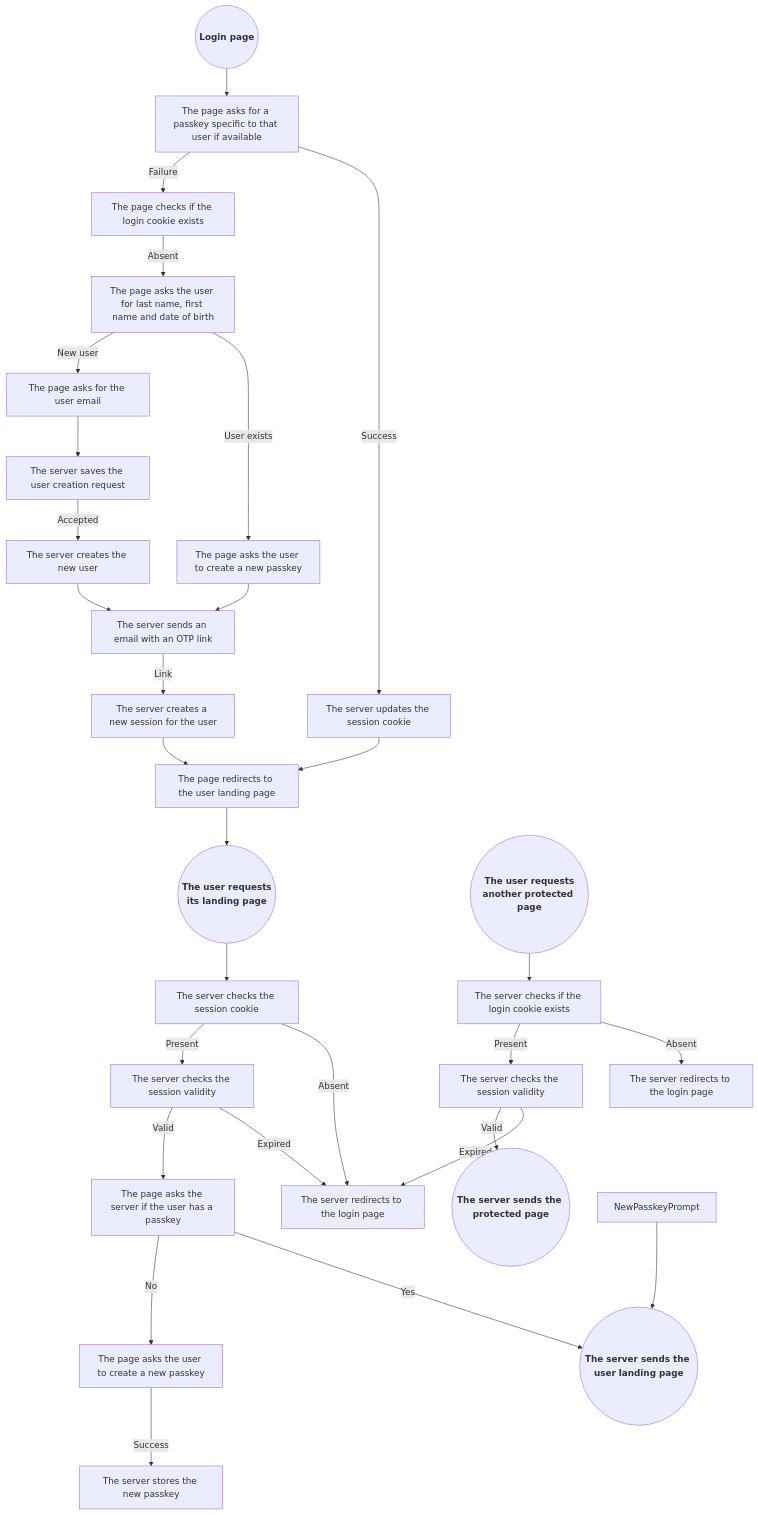
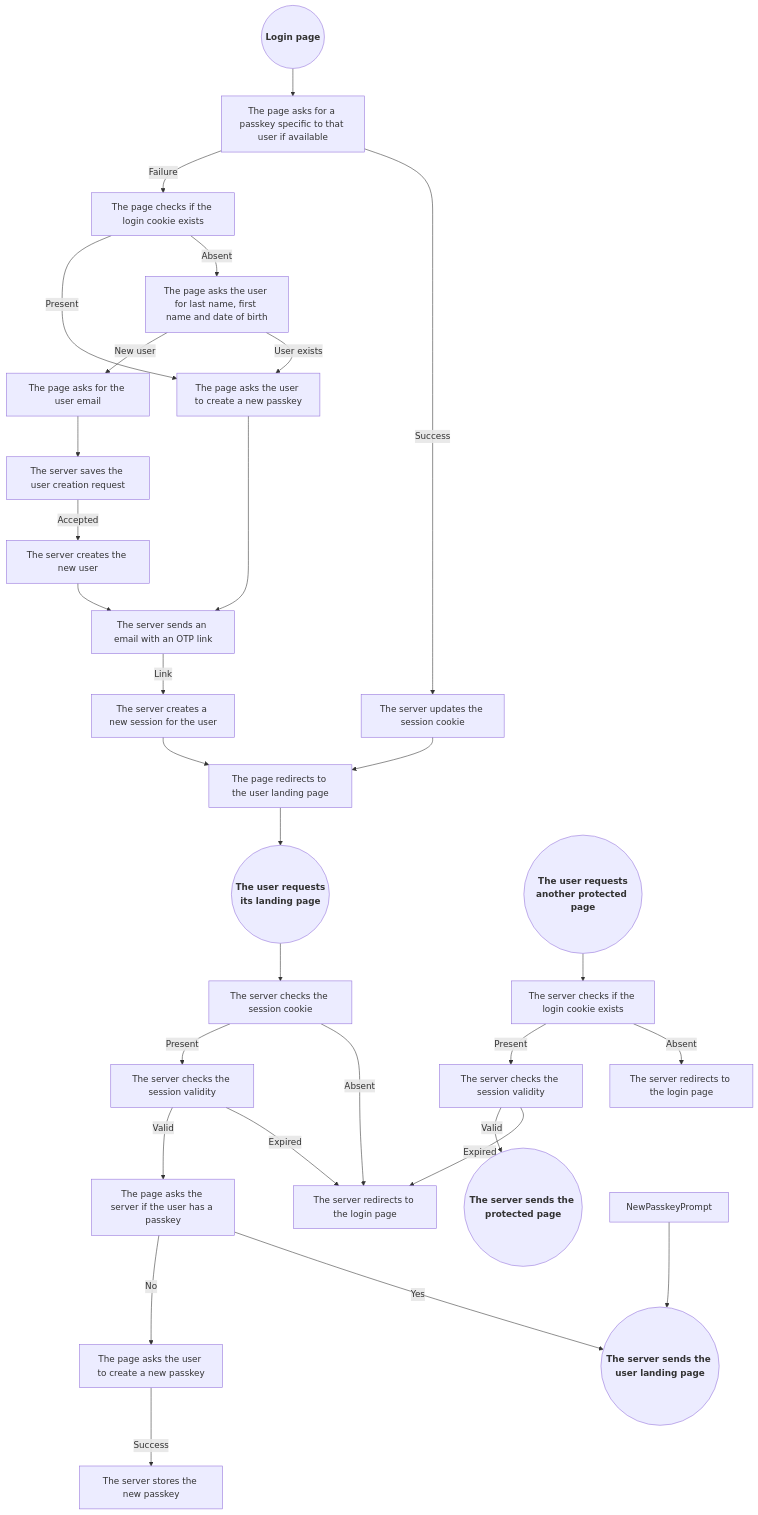
The diagram in README.md (programingjd/tiered_server), drawn with Mermaid before and after one commit.

````diff
--- a/README.md
+++ b/README.md
@@ -123,38 +123,39 @@
 ```mermaid
 graph TD;
   UserLandingPageRequest(("<b>The user requests<br>its landing page</b>"))
   ProtectedPageRequest(("<b>The user requests<br>another protected page</b>"))
   LoginPageRequest(("<b>Login page</b>"))
   
   ProtectedPageRequest-->QueryCookie1[The server checks if the login cookie exists]
   QueryCookie1-->|Absent|LoginPageRedirect1[The server redirects to the login page]
   QueryCookie1-->|Present|CheckSessionValidity1[The server checks the session validity]
   CheckSessionValidity1-->|Expired|LoginPageRedirect
   CheckSessionValidity1-->|Valid|ProtectedPageResponse(("<b>The server sends the protected page<b>"))
 
   UserLandingPageRequest-->QueryCookie2[The server checks the session cookie]
   QueryCookie2--Absent-->LoginPageRedirect[The server redirects to the login page]
   QueryCookie2--Present-->CheckSessionValidity2[The server checks the session validity]
   CheckSessionValidity2-->|Expired|LoginPageRedirect
   CheckSessionValidity2-->|Valid|QueryExistingPasskey2[The page asks the server if the user has a passkey]
   QueryExistingPasskey2-->|Yes|UserLandingPageResponse(("<b>The server sends the user landing page<b>"))
   QueryExistingPasskey2-->|No|NewPasskeyPrompt2[The page asks the user to create a new passkey]
   NewPasskeyPrompt2-->|Success|NewPasskeyStore2[The server stores the new passkey]
   NewPasskeyPrompt-->UserLandingPageResponse
 
   LoginPageRequest-->QueryPasskey[The page asks for a passkey specific to that user if available]
   QueryPasskey-->|Success|SessionCookieUpdate[The server updates the session cookie]
   SessionCookieUpdate-->UserLandingPageRedirect[The page redirects to the user landing page]
   QueryPasskey-->|Failure|QueryCookie3[The page checks if the login cookie exists]
   QueryCookie3-->|Absent|UserForm[The page asks the user for last name, first name and date of birth]
-  UserForm-->|User exists|NewPasskeyPrompt3[The page asks the user to create a new passkey]
+  QueryCookie3-->|Present|NewPasskeyPrompt3[The page asks the user to create a new passkey]
+  UserForm-->|User exists|NewPasskeyPrompt3
   NewPasskeyPrompt3-->EmailOTP[The server sends an email with an OTP link]
   EmailOTP-->|Link|NewSession[The server creates a new session for the user]
   NewSession-->UserLandingPageRedirect
   UserForm-->|New user|NewUser[The page asks for the user email]
   NewUser-->UserModeration[The server saves the user creation request]
   UserModeration-->|Accepted|UserCreation[The server creates the new user]
   UserCreation-->EmailOTP
   
   UserLandingPageRedirect-->UserLandingPageRequest
 ```
````
